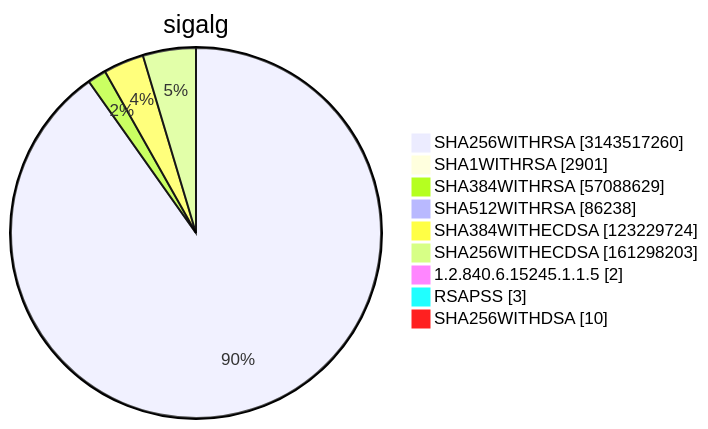
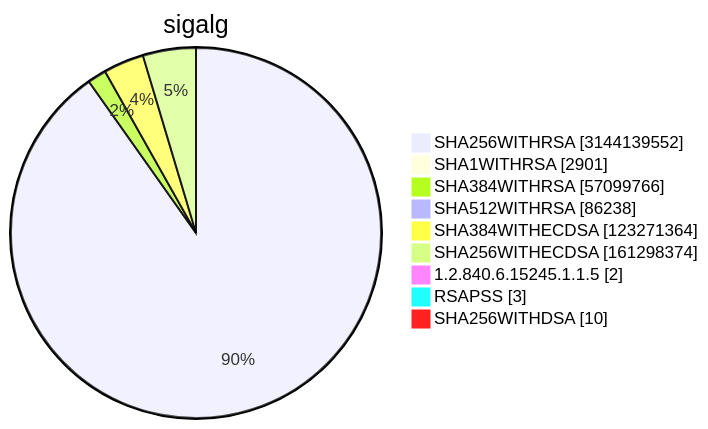
Before and after one commit to christiankrug/ctmonitor_visualization: diagram 15 of 15 in TOTAL/README.md, drawn with Mermaid. The commit also changed other lines of this file, not shown here.

````diff
--- a/TOTAL/README.md
+++ b/TOTAL/README.md
@@ -6213,13 +6213,13 @@
 ```mermaid
 pie showData
 title sigalg
-"SHA256WITHRSA" :3143517260
+"SHA256WITHRSA" :3144139552
 "SHA1WITHRSA" :2901
-"SHA384WITHRSA" :57088629
+"SHA384WITHRSA" :57099766
 "SHA512WITHRSA" :86238
-"SHA384WITHECDSA" :123229724
-"SHA256WITHECDSA" :161298203
+"SHA384WITHECDSA" :123271364
+"SHA256WITHECDSA" :161298374
 "1.2.840.6.15245.1.1.5" :2
 "RSAPSS" :3
 "SHA256WITHDSA" :10
 ```
````
